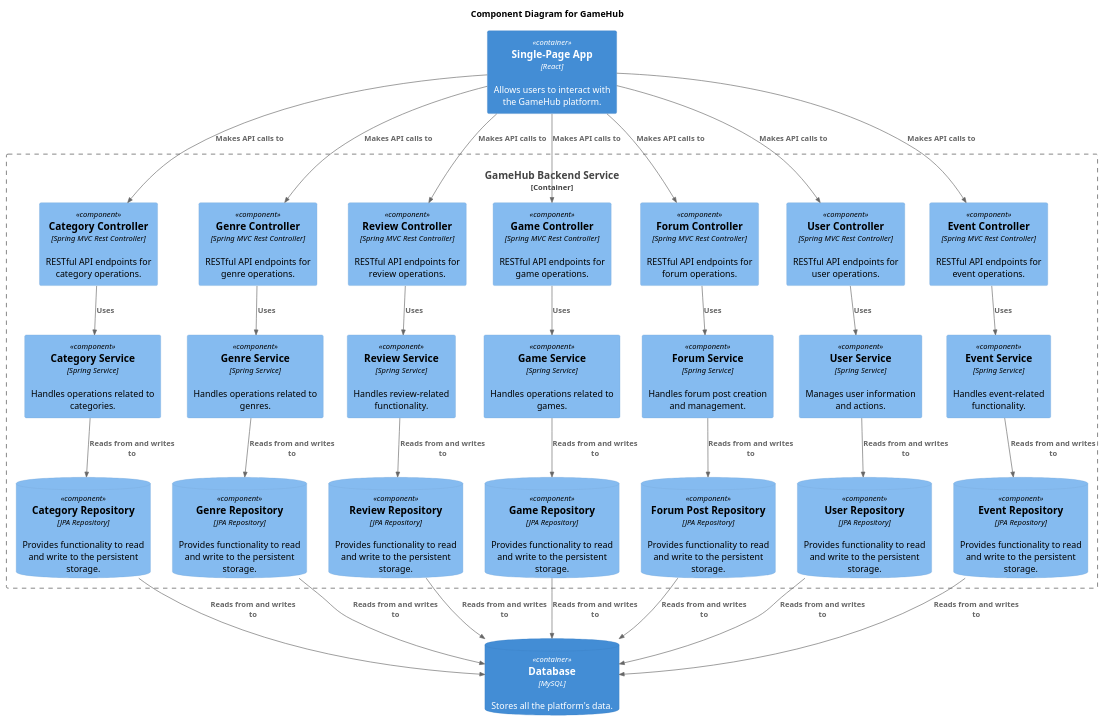
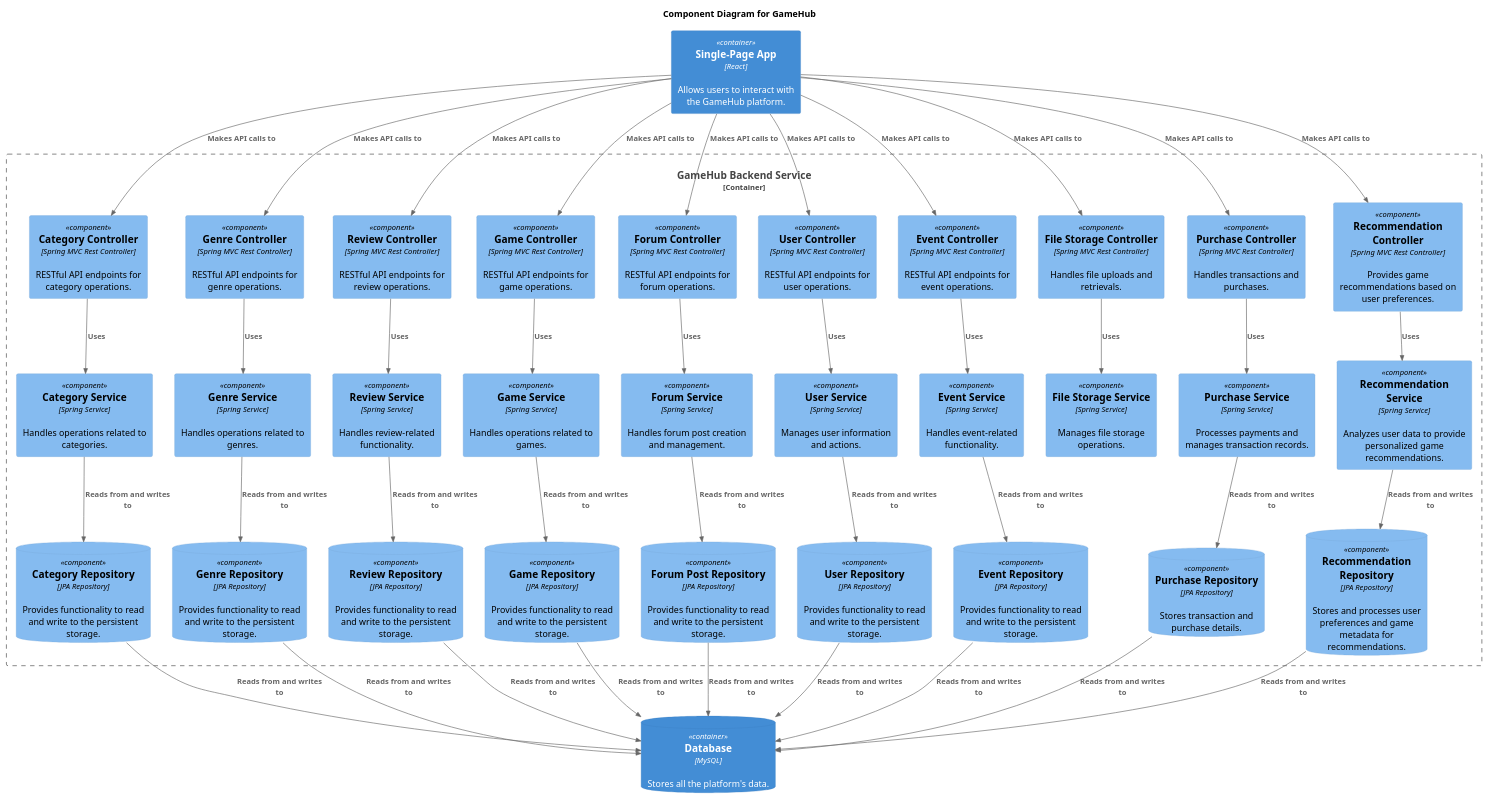
The diagram in Documentation/C3_Diagram.puml (MihaiCatalin22/GameHubBE), drawn with PlantUML before and after one commit. The commit also changed 4 other files, not shown here.

```diff
--- a/Documentation/C3_Diagram.puml
+++ b/Documentation/C3_Diagram.puml
@@ -1,68 +1,86 @@
 @startuml
 !includeurl https://raw.githubusercontent.com/plantuml-stdlib/C4-PlantUML/master/C4_Component.puml
 
 title Component Diagram for GameHub
 
 Container(webApp, "Single-Page App", "React", "Allows users to interact with the GameHub platform.")
 
 Container_Boundary(api, "GameHub Backend Service") {
     Component(categoryController, "Category Controller", "Spring MVC Rest Controller", "RESTful API endpoints for category operations.")
     Component(genreController, "Genre Controller", "Spring MVC Rest Controller", "RESTful API endpoints for genre operations.")
     Component(reviewController, "Review Controller", "Spring MVC Rest Controller", "RESTful API endpoints for review operations.")
     Component(gameController, "Game Controller", "Spring MVC Rest Controller", "RESTful API endpoints for game operations.")
     Component(forumController, "Forum Controller", "Spring MVC Rest Controller", "RESTful API endpoints for forum operations.")
     Component(userController, "User Controller", "Spring MVC Rest Controller", "RESTful API endpoints for user operations.")
     Component(eventController, "Event Controller", "Spring MVC Rest Controller", "RESTful API endpoints for event operations.")
+    Component(fileStorageController, "File Storage Controller", "Spring MVC Rest Controller", "Handles file uploads and retrievals.")
+    Component(purchaseController, "Purchase Controller", "Spring MVC Rest Controller", "Handles transactions and purchases.")
+    Component(recommendationController, "Recommendation Controller", "Spring MVC Rest Controller", "Provides game recommendations based on user preferences.")
 
     Component(categoryService, "Category Service", "Spring Service", "Handles operations related to categories.")
     Component(genreService, "Genre Service", "Spring Service", "Handles operations related to genres.")
     Component(reviewService, "Review Service", "Spring Service", "Handles review-related functionality.")
     Component(gameService, "Game Service", "Spring Service", "Handles operations related to games.")
     Component(forumService, "Forum Service", "Spring Service", "Handles forum post creation and management.")
     Component(userService, "User Service", "Spring Service", "Manages user information and actions.")
     Component(eventService, "Event Service", "Spring Service", "Handles event-related functionality.")
+    Component(fileStorageService, "File Storage Service", "Spring Service", "Manages file storage operations.")
+    Component(purchaseService, "Purchase Service", "Spring Service", "Processes payments and manages transaction records.")
+    Component(recommendationService, "Recommendation Service", "Spring Service", "Analyzes user data to provide personalized game recommendations.")
 
     ComponentDb(categoryRepository, "Category Repository", "JPA Repository", "Provides functionality to read and write to the persistent storage.")
     ComponentDb(genreRepository, "Genre Repository", "JPA Repository", "Provides functionality to read and write to the persistent storage.")
     ComponentDb(reviewRepository, "Review Repository", "JPA Repository", "Provides functionality to read and write to the persistent storage.")
     ComponentDb(gameRepository, "Game Repository", "JPA Repository", "Provides functionality to read and write to the persistent storage.")
     ComponentDb(forumPostRepository, "Forum Post Repository", "JPA Repository", "Provides functionality to read and write to the persistent storage.")
     ComponentDb(userRepository, "User Repository", "JPA Repository", "Provides functionality to read and write to the persistent storage.")
     ComponentDb(eventRepository, "Event Repository", "JPA Repository", "Provides functionality to read and write to the persistent storage.")
+    ComponentDb(purchaseRepository, "Purchase Repository", "JPA Repository", "Stores transaction and purchase details.")
+    ComponentDb(recommendationRepository, "Recommendation Repository", "JPA Repository", "Stores and processes user preferences and game metadata for recommendations.")
 
     Rel(categoryController, categoryService, "Uses")
     Rel(genreController, genreService, "Uses")
     Rel(reviewController, reviewService, "Uses")
     Rel(gameController, gameService, "Uses")
     Rel(forumController, forumService, "Uses")
     Rel(userController, userService, "Uses")
     Rel(eventController, eventService, "Uses")
+    Rel(fileStorageController, fileStorageService, "Uses")
+    Rel(purchaseController, purchaseService, "Uses")
+    Rel(recommendationController, recommendationService, "Uses")
 
     Rel(categoryService, categoryRepository, "Reads from and writes to")
     Rel(genreService, genreRepository, "Reads from and writes to")
     Rel(reviewService, reviewRepository, "Reads from and writes to")
     Rel(gameService, gameRepository, "Reads from and writes to")
     Rel(forumService, forumPostRepository, "Reads from and writes to")
     Rel(userService, userRepository, "Reads from and writes to")
     Rel(eventService, eventRepository, "Reads from and writes to")
-}
+    Rel(purchaseService, purchaseRepository, "Reads from and writes to")
+    Rel(recommendationService, recommendationRepository, "Reads from and writes to")
+    }
 
 ContainerDb(database, "Database", "MySQL", "Stores all the platform's data.")
 
 Rel(webApp, categoryController, "Makes API calls to")
 Rel(webApp, genreController, "Makes API calls to")
 Rel(webApp, reviewController, "Makes API calls to")
 Rel(webApp, gameController, "Makes API calls to")
 Rel(webApp, forumController, "Makes API calls to")
 Rel(webApp, userController, "Makes API calls to")
 Rel(webApp, eventController, "Makes API calls to")
+Rel(webApp, fileStorageController, "Makes API calls to")
+Rel(webApp, purchaseController, "Makes API calls to")
+Rel(webApp, recommendationController, "Makes API calls to")
 
 Rel(categoryRepository, database, "Reads from and writes to")
 Rel(genreRepository, database, "Reads from and writes to")
 Rel(reviewRepository, database, "Reads from and writes to")
 Rel(gameRepository, database, "Reads from and writes to")
 Rel(forumPostRepository, database, "Reads from and writes to")
 Rel(userRepository, database, "Reads from and writes to")
 Rel(eventRepository, database, "Reads from and writes to")
+Rel(purchaseRepository, database, "Reads from and writes to")
+Rel(recommendationRepository, database, "Reads from and writes to")
 
 @enduml
```
